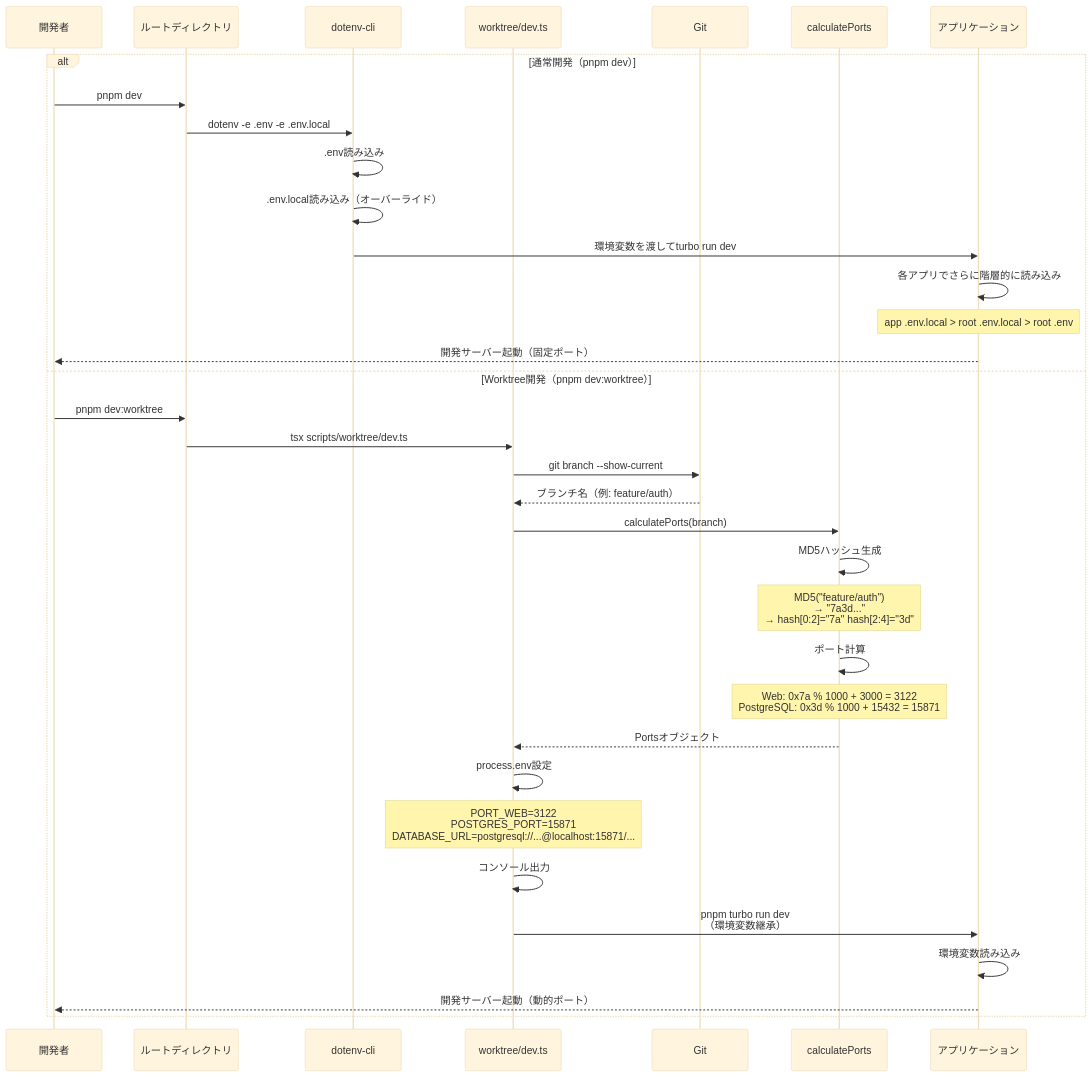
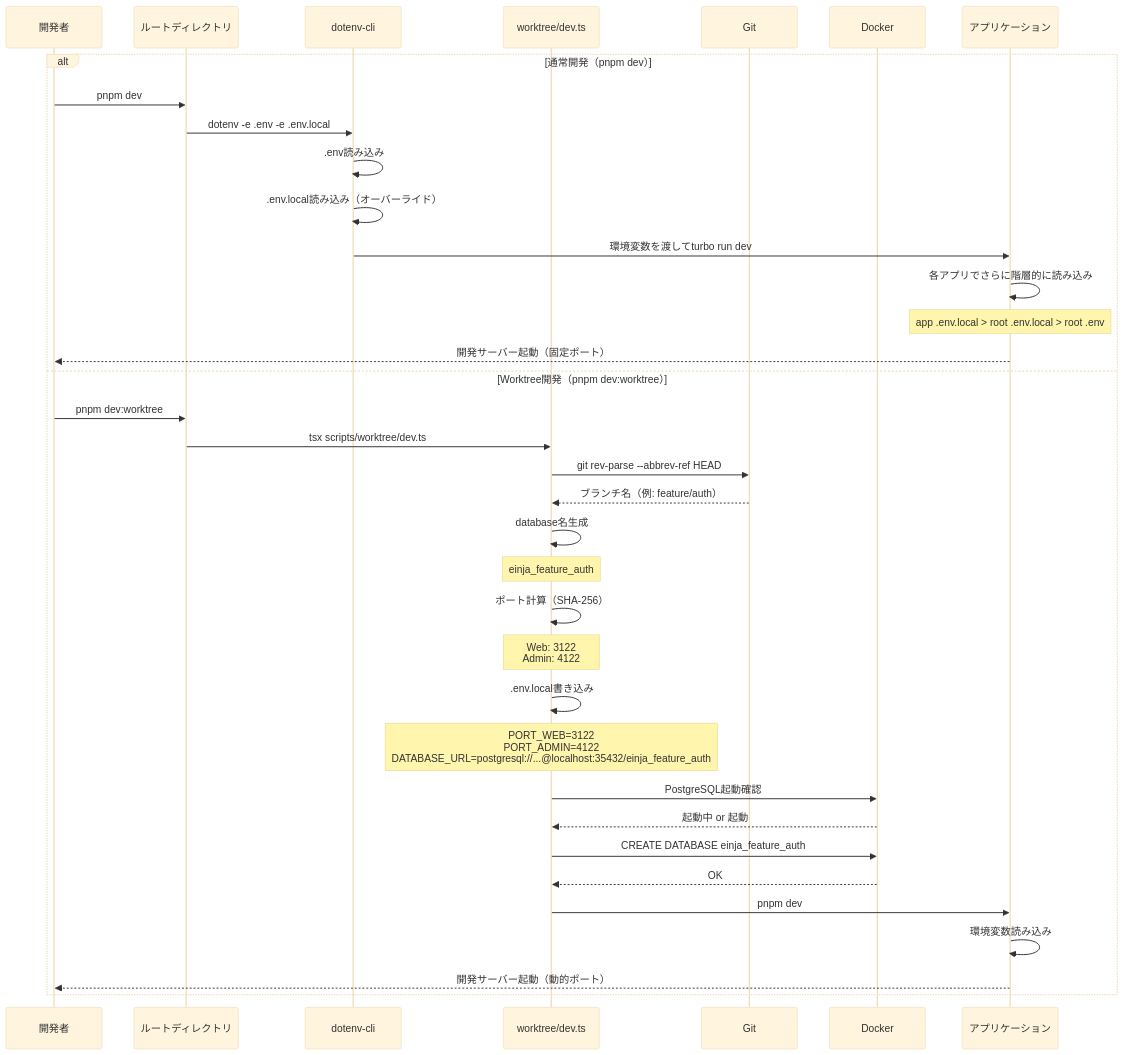
The third of 3 diagrams in docs/instructions/local-server-environment-and-worktree.md (einja-inc/einja-management-template), drawn with Mermaid (base theme) before and after one commit. The commit also changed other lines of this file and 17 other files, not shown here.

````diff
--- a/docs/instructions/local-server-environment-and-worktree.md
+++ b/docs/instructions/local-server-environment-and-worktree.md
@@ -367,38 +393,39 @@
 ```mermaid
 sequenceDiagram
     participant Dev as 開発者
     participant Root as ルートディレクトリ
     participant Dotenv as dotenv-cli
     participant Script as worktree/dev.ts
     participant Git as Git
-    participant Calc as calculatePorts
+    participant Docker as Docker
     participant App as アプリケーション
 
     alt 通常開発（pnpm dev）
         Dev->>Root: pnpm dev
         Root->>Dotenv: dotenv -e .env -e .env.local
         Dotenv->>Dotenv: .env読み込み
         Dotenv->>Dotenv: .env.local読み込み（オーバーライド）
         Dotenv->>App: 環境変数を渡してturbo run dev
         App->>App: 各アプリでさらに階層的に読み込み
         Note over App: app .env.local > root .env.local > root .env
         App-->>Dev: 開発サーバー起動（固定ポート）
     else Worktree開発（pnpm dev:worktree）
         Dev->>Root: pnpm dev:worktree
         Root->>Script: tsx scripts/worktree/dev.ts
-        Script->>Git: git branch --show-current
+        Script->>Git: git rev-parse --abbrev-ref HEAD
         Git-->>Script: ブランチ名（例: feature/auth）
-        Script->>Calc: calculatePorts(branch)
-        Calc->>Calc: MD5ハッシュ生成
-        Note over Calc: MD5("feature/auth")<br/>→ "7a3d..."<br/>→ hash[0:2]="7a" hash[2:4]="3d"
-        Calc->>Calc: ポート計算
-        Note over Calc: Web: 0x7a % 1000 + 3000 = 3122<br/>PostgreSQL: 0x3d % 1000 + 15432 = 15871
-        Calc-->>Script: Portsオブジェクト
-        Script->>Script: process.env設定
-        Note over Script: PORT_WEB=3122<br/>POSTGRES_PORT=15871<br/>DATABASE_URL=postgresql://...@localhost:15871/...
-        Script->>Script: コンソール出力
-        Script->>App: pnpm turbo run dev<br/>（環境変数継承）
+        Script->>Script: database名生成
+        Note over Script: einja_feature_auth
+        Script->>Script: ポート計算（SHA-256）
+        Note over Script: Web: 3122<br/>Admin: 4122
+        Script->>Script: .env.local書き込み
+        Note over Script: PORT_WEB=3122<br/>PORT_ADMIN=4122<br/>DATABASE_URL=postgresql://...@localhost:35432/einja_feature_auth
+        Script->>Docker: PostgreSQL起動確認
+        Docker-->>Script: 起動中 or 起動
+        Script->>Docker: CREATE DATABASE einja_feature_auth
+        Docker-->>Script: OK
+        Script->>App: pnpm dev
         App->>App: 環境変数読み込み
         App-->>Dev: 開発サーバー起動（動的ポート）
     end
 ```
````
